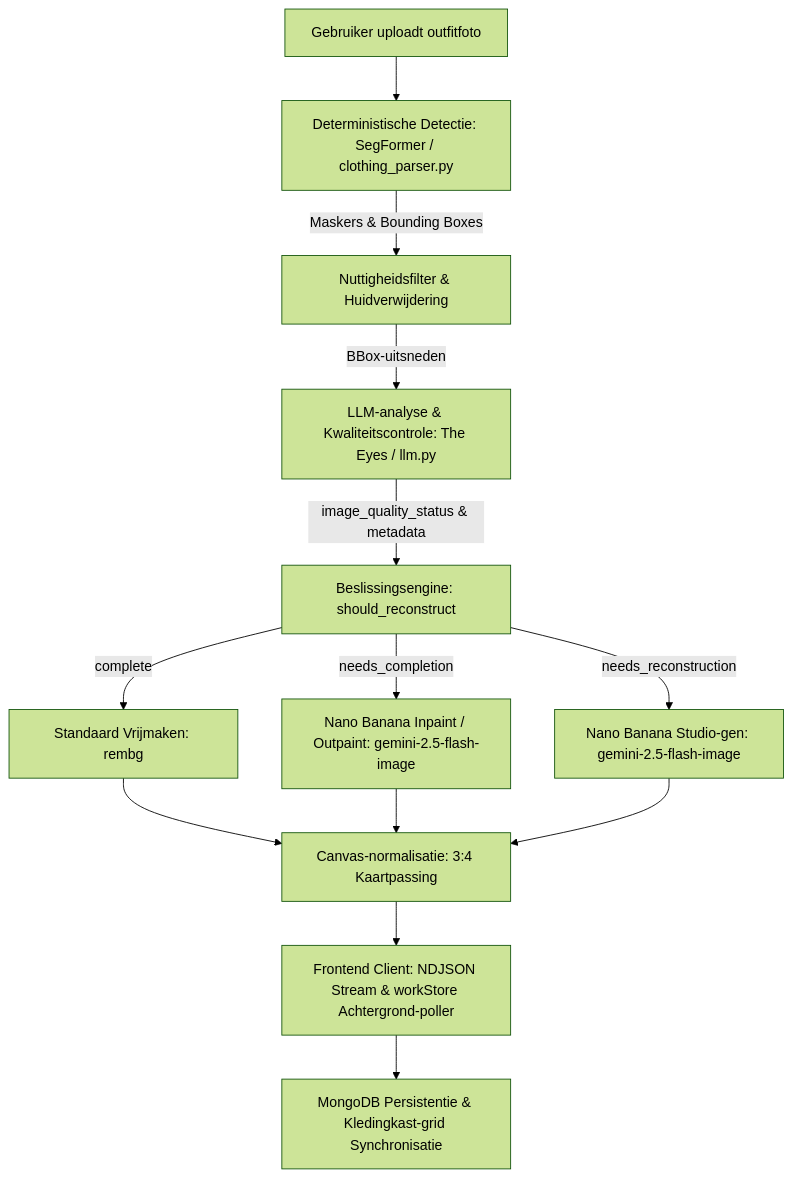
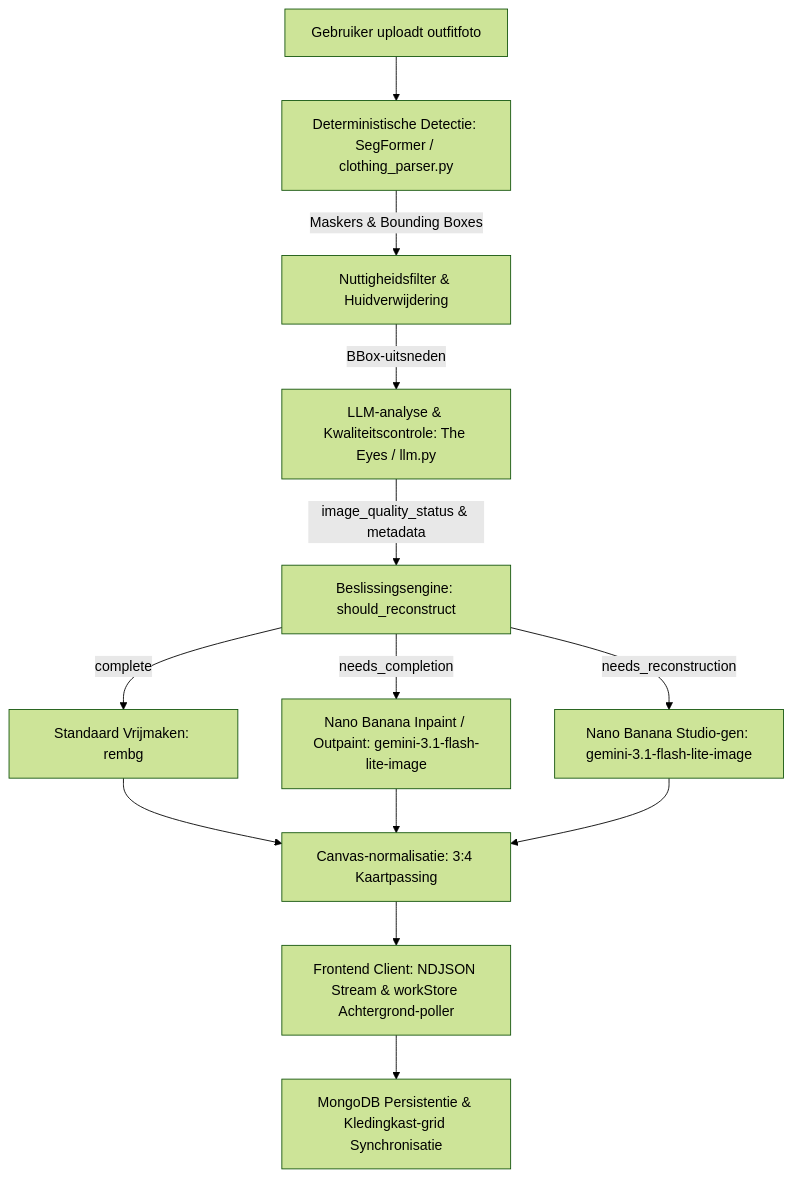
Before and after one commit to Yoram-Jacobs/DressAppV1: the diagram in apps/web/public/wiki/nl/garmentvision.md, drawn with Mermaid (forest theme). The commit also changed other lines of this file and 66 other files, not shown here.

````diff
--- a/apps/web/public/wiki/nl/garmentvision.md
+++ b/apps/web/public/wiki/nl/garmentvision.md
@@ -18,17 +18,17 @@
 ```mermaid
 graph TD
     A[Gebruiker uploadt outfitfoto] --> B[Deterministische Detectie: SegFormer / clothing_parser.py]
     B -->|Maskers & Bounding Boxes| C[Nuttigheidsfilter & Huidverwijdering]
     C -->|BBox-uitsneden| D[LLM-analyse & Kwaliteitscontrole: The Eyes / llm.py]
     D -->|image_quality_status & metadata| E[Beslissingsengine: should_reconstruct]
     
     E -->|complete| F[Standaard Vrijmaken: rembg]
-    E -->|needs_completion| G[Nano Banana Inpaint / Outpaint: gemini-2.5-flash-image]
-    E -->|needs_reconstruction| H[Nano Banana Studio-gen: gemini-2.5-flash-image]
+    E -->|needs_completion| G[Nano Banana Inpaint / Outpaint: gemini-3.1-flash-lite-image]
+    E -->|needs_reconstruction| H[Nano Banana Studio-gen: gemini-3.1-flash-lite-image]
     
     F --> I[Canvas-normalisatie: 3:4 Kaartpassing]
     G --> I
     H --> I
     I --> J[Frontend Client: NDJSON Stream & workStore Achtergrond-poller]
     J --> K[MongoDB Persistentie & Kledingkast-grid Synchronisatie]
 ```
````
